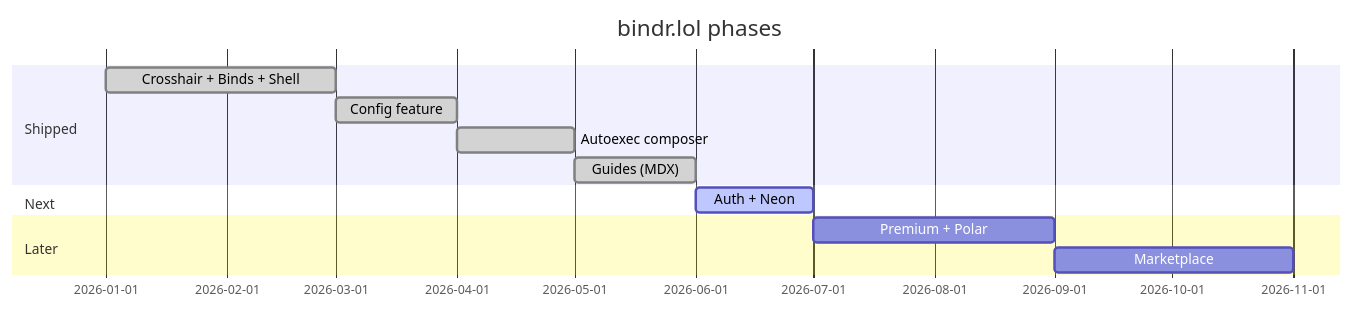
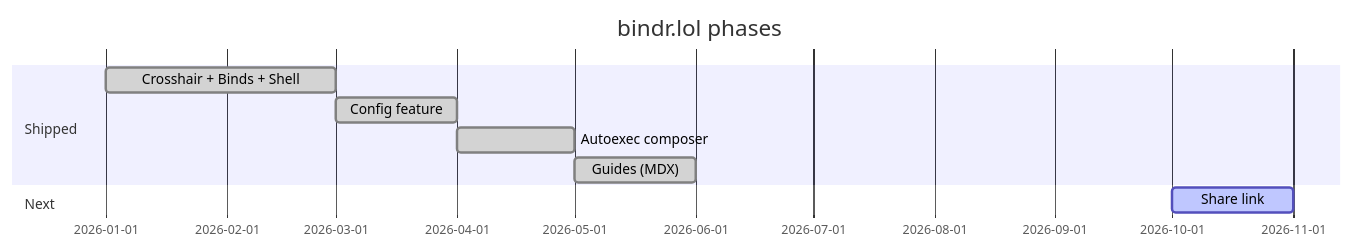
One commit to percdotdev/bindr changed the fifth of 5 diagrams in .docs/SPEC.md. Above: the diagram before and after it, drawn with Mermaid. The commit also changed other lines of this file and 18 other files, not shown here.

First line of the commit message:
feat(share): implement share link functionality for autoexec configurations

````diff
--- a/.docs/SPEC.md
+++ b/.docs/SPEC.md
@@ -584,15 +552,12 @@
 ```mermaid
 gantt
   title bindr.lol phases
   dateFormat YYYY-MM
   section Shipped
   Crosshair + Binds + Shell     :done, p10, 2026-01, 2026-03
   Config feature                :done, p15, 2026-03, 2026-04
   Autoexec composer             :done, p16, 2026-04, 2026-05
   Guides (MDX)                  :done, p17, 2026-05, 2026-06
   section Next
-  Auth + Neon                   :active, p20, 2026-06, 2026-07
-  section Later
-  Premium + Polar               :p30, 2026-07, 2026-09
-  Marketplace                   :p31, 2026-09, 2026-11
+  Share link                    :active, p20, 2026-10, 2026-11
 ```
````
